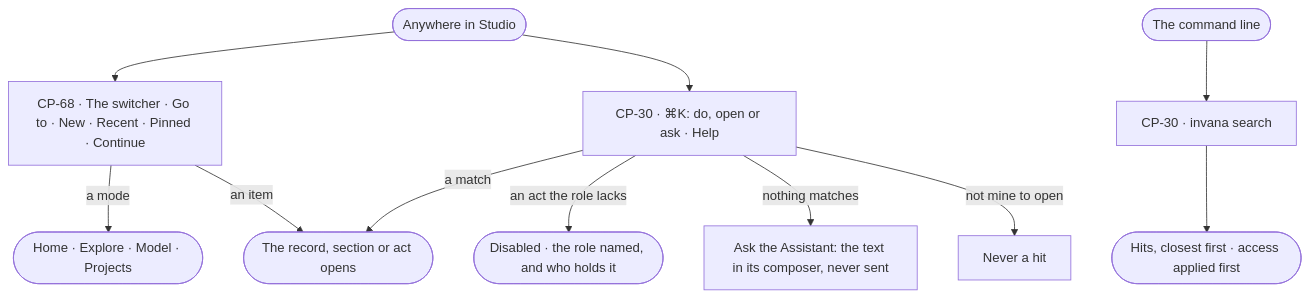
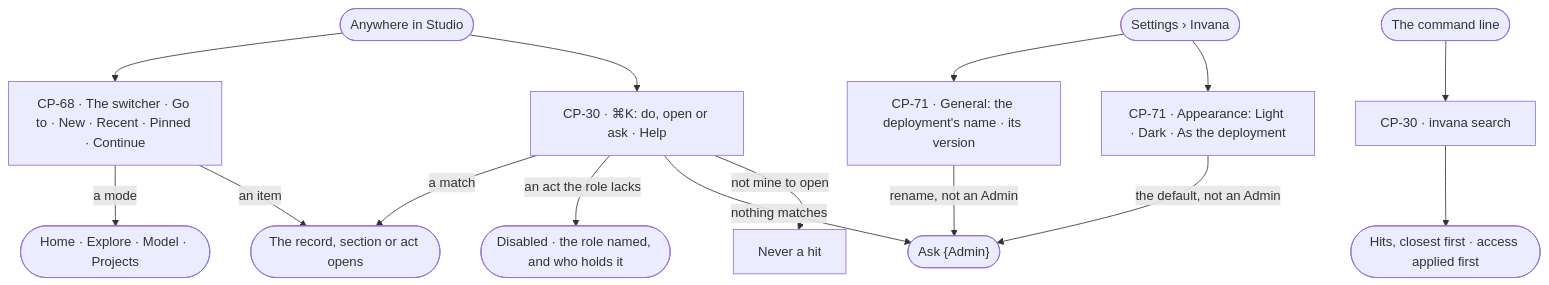
Before and after one commit to invana/invana: the diagram in specs/os/control/features/CP-F07-find-your-way/feature.md, drawn with Mermaid. The commit also changed other lines of this file and 11 other files, not shown here.

````diff
--- a/specs/os/control/features/CP-F07-find-your-way/feature.md
+++ b/specs/os/control/features/CP-F07-find-your-way/feature.md
@@ -26,13 +26,17 @@
 ```mermaid
 flowchart TD
   s([Anywhere in Studio]) --> sw["CP-68 · The switcher · Go to · New · Recent · Pinned · Continue"]
   sw -->|a mode| m(["Home · Explore · Model · Projects"])
   sw -->|an item| open
   s --> k["CP-30 · ⌘K: do, open or ask · Help"]
   k -->|a match| open(["The record, section or act opens"])
   k -->|an act the role lacks| dis(["Disabled · the role named, and who holds it"])
   k -->|nothing matches| ask["Ask the Assistant: the text in its composer, never sent"]
   k -->|not mine to open| hid["Never a hit"]
   c([The command line]) --> se["CP-30 · invana search"]
   se --> hits(["Hits, closest first · access applied first"])
+  st([Settings › Invana]) --> gen["CP-71 · General: the deployment's name · its version"]
+  st --> app["CP-71 · Appearance: Light · Dark · As the deployment"]
+  gen -->|rename, not an Admin| ask(["Ask {Admin}"])
+  app -->|the default, not an Admin| ask
 ```
````
